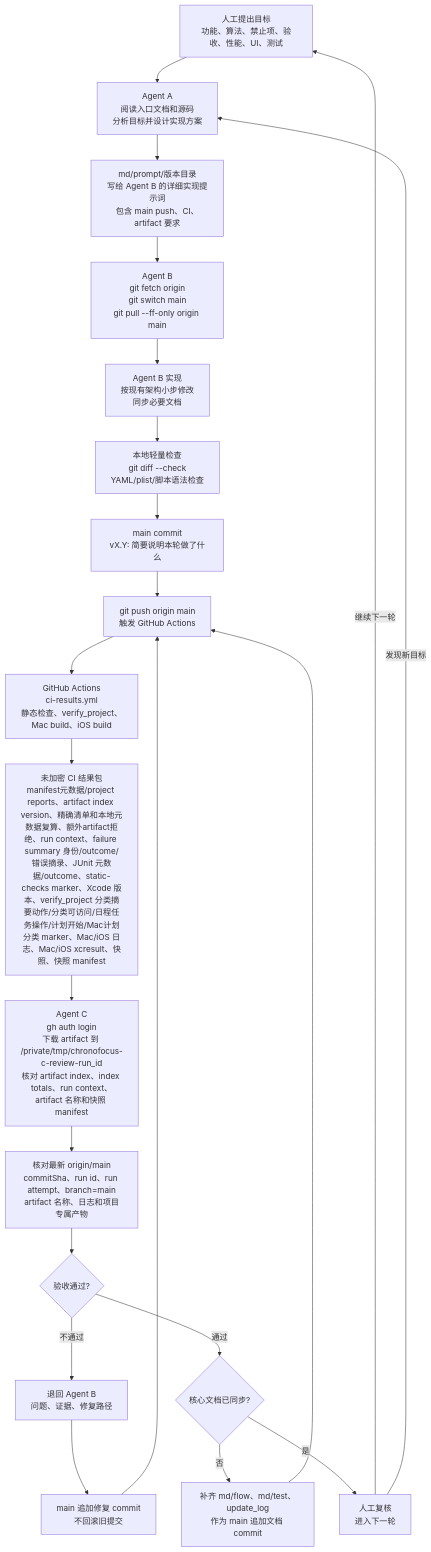
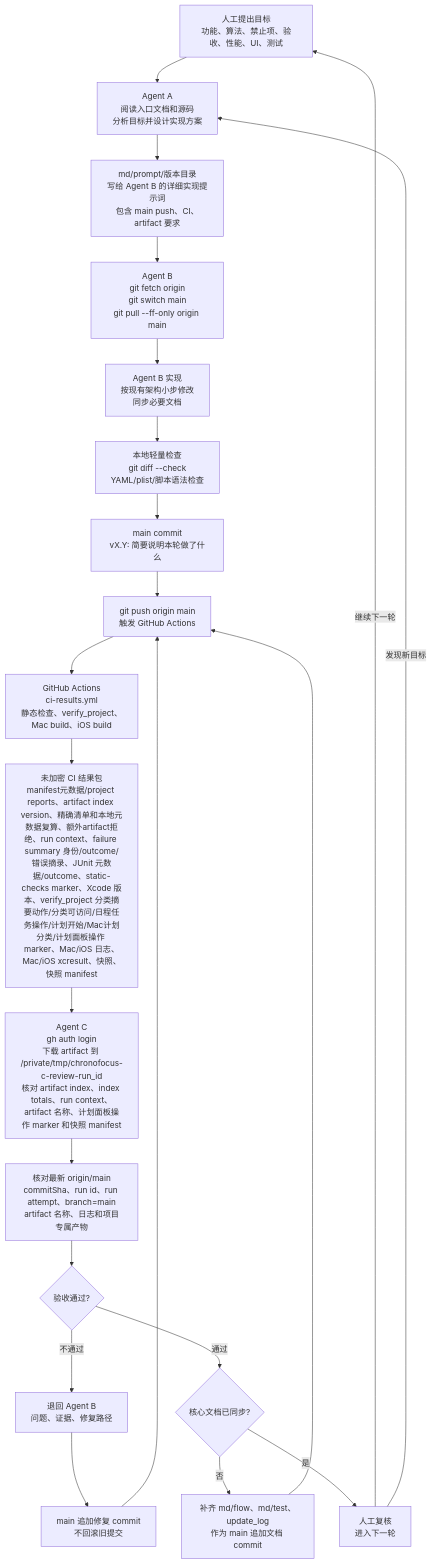
The fifth of 6 diagrams in md/flow/flowchart.md (Altman-sam114/114), drawn with Mermaid before and after one commit. The commit also changed other lines of this file and 9 other files, not shown here.

````diff
--- a/md/flow/flowchart.md
+++ b/md/flow/flowchart.md
@@ -102,24 +102,24 @@
 ```mermaid
 flowchart TD
   H["人工提出目标<br/>功能、算法、禁止项、验收、性能、UI、测试"] --> A["Agent A<br/>阅读入口文档和源码<br/>分析目标并设计实现方案"]
   A --> P["md/prompt/版本目录<br/>写给 Agent B 的详细实现提示词<br/>包含 main push、CI、artifact 要求"]
   P --> B0["Agent B<br/>git fetch origin<br/>git switch main<br/>git pull --ff-only origin main"]
   B0 --> B1["Agent B 实现<br/>按现有架构小步修改<br/>同步必要文档"]
   B1 --> L["本地轻量检查<br/>git diff --check<br/>YAML/plist/脚本语法检查"]
   L --> G["main commit<br/>vX.Y: 简要说明本轮做了什么"]
   G --> PUSH["git push origin main<br/>触发 GitHub Actions"]
   PUSH --> CI["GitHub Actions<br/>ci-results.yml<br/>静态检查、verify_project、Mac build、iOS build"]
-  CI --> ART["未加密 CI 结果包<br/>manifest元数据/project reports、artifact index version、精确清单和本地元数据复算、额外artifact拒绝、run context、failure summary 身份/outcome/错误摘录、JUnit 元数据/outcome、static-checks marker、Xcode 版本、verify_project 分类摘要动作/分类可访问/日程任务操作/计划开始/Mac计划分类 marker、Mac/iOS 日志、Mac/iOS xcresult、快照、快照 manifest"]
-  ART --> C["Agent C<br/>gh auth login<br/>下载 artifact 到 /private/tmp/chronofocus-c-review-run_id<br/>核对 artifact index、index totals、run context、artifact 名称和快照 manifest"]
+  CI --> ART["未加密 CI 结果包<br/>manifest元数据/project reports、artifact index version、精确清单和本地元数据复算、额外artifact拒绝、run context、failure summary 身份/outcome/错误摘录、JUnit 元数据/outcome、static-checks marker、Xcode 版本、verify_project 分类摘要动作/分类可访问/日程任务操作/计划开始/Mac计划分类/计划面板操作 marker、Mac/iOS 日志、Mac/iOS xcresult、快照、快照 manifest"]
+  ART --> C["Agent C<br/>gh auth login<br/>下载 artifact 到 /private/tmp/chronofocus-c-review-run_id<br/>核对 artifact index、index totals、run context、artifact 名称、计划面板操作 marker 和快照 manifest"]
   C --> V["核对最新 origin/main<br/>commitSha、run id、run attempt、branch=main<br/>artifact 名称、日志和项目专属产物"]
   V --> PASS{"验收通过?"}
   PASS -->|不通过| BACK["退回 Agent B<br/>问题、证据、修复路径"]
   BACK --> FIX["main 追加修复 commit<br/>不回滚旧提交"]
   FIX --> PUSH
   PASS -->|通过| DOC{"核心文档已同步?"}
   DOC -->|否| D["补齐 md/flow、md/test、update_log<br/>作为 main 追加文档 commit"]
   D --> PUSH
   DOC -->|是| J["人工复核<br/>进入下一轮"]
   J -->|继续下一轮| H
   J -->|发现新目标| A
 ```
````
